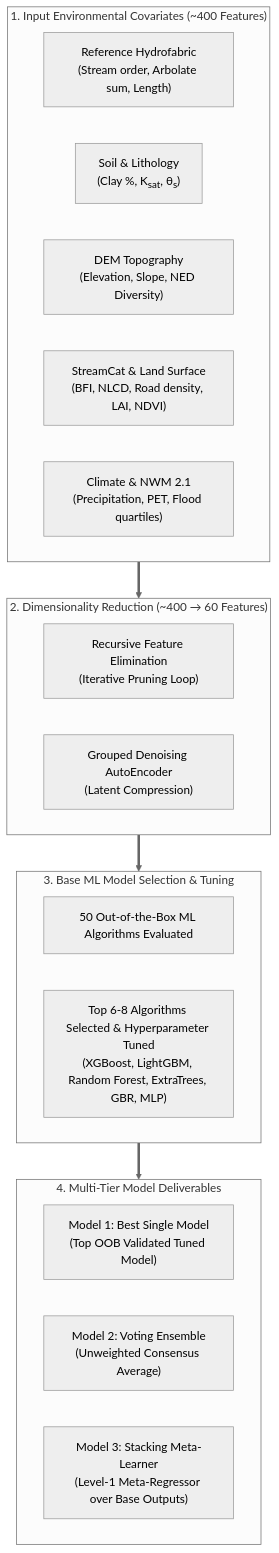
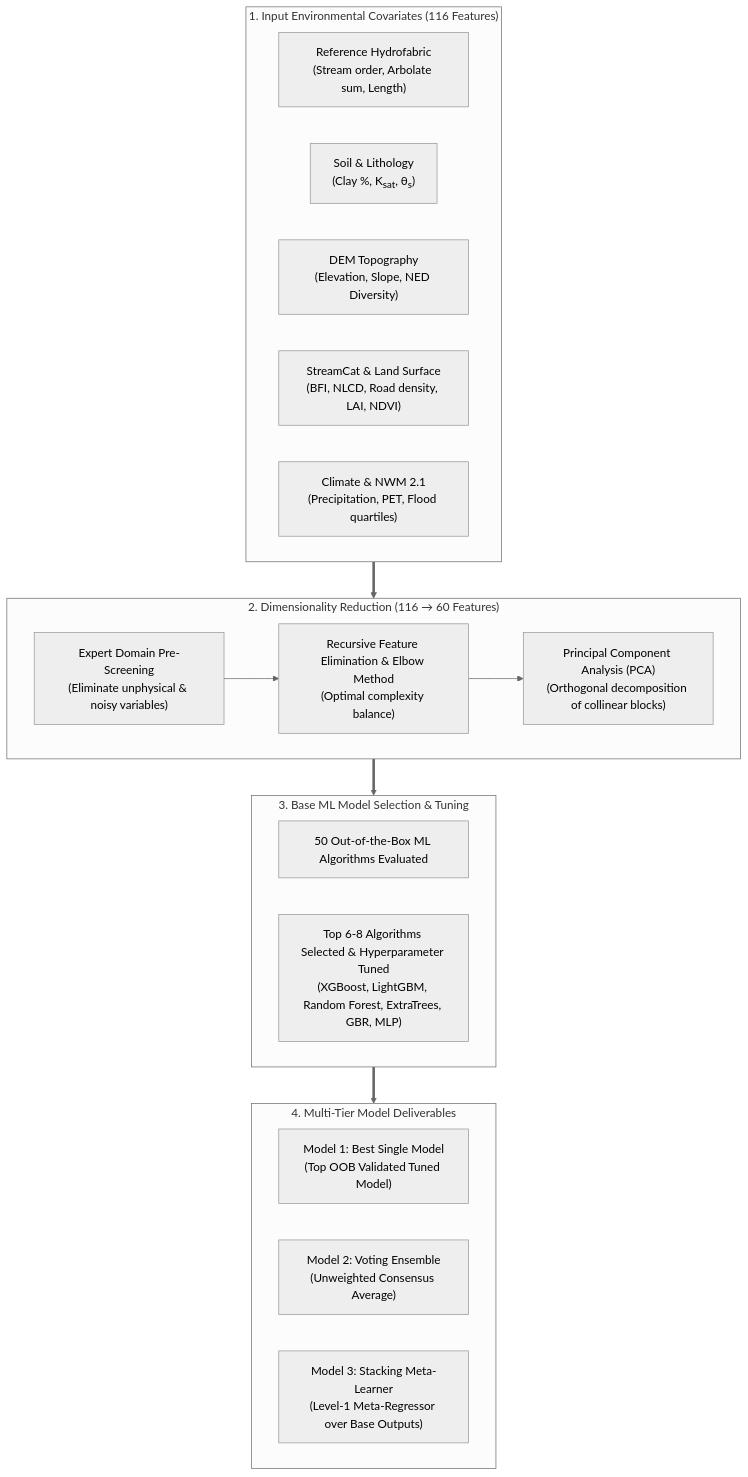
One commit to arashmodrad/ml_web changed the diagram in docs/v1.0/r/models.md. Above: the diagram before and after it, drawn with Mermaid (neutral theme). The commit also changed other lines of this file and 40 other files, not shown here.

````diff
--- a/docs/v1.0/r/models.md
+++ b/docs/v1.0/r/models.md
@@ -14,34 +14,36 @@
 ```mermaid
 flowchart TD
-    subgraph DATA ["1. Input Environmental Covariates (~400 Features)"]
+    subgraph DATA ["1. Input Environmental Covariates (116 Features)"]
         F1["Reference Hydrofabric\n(Stream order, Arbolate sum, Length)"]
         F2["Soil & Lithology\n(Clay %, K<sub>sat</sub>, &theta;<sub>s</sub>)"]
         F3["DEM Topography\n(Elevation, Slope, NED Diversity)"]
         F4["StreamCat & Land Surface\n(BFI, NLCD, Road density, LAI, NDVI)"]
         F5["Climate & NWM 2.1\n(Precipitation, PET, Flood quartiles)"]
     end
 
-    subgraph REDUCTION ["2. Dimensionality Reduction (~400 &rarr; 60 Features)"]
-        RFE["Recursive Feature Elimination\n(Iterative Pruning Loop)"]
-        AE["Grouped Denoising AutoEncoder\n(Latent Compression)"]
+    subgraph REDUCTION ["2. Dimensionality Reduction (116 &rarr; 60 Features)"]
+        EXP["Expert Domain Pre-Screening\n(Eliminate unphysical & noisy variables)"]
+        RFE["Recursive Feature Elimination & Elbow Method\n(Optimal complexity balance)"]
+        PCA["Principal Component Analysis (PCA)\n(Orthogonal decomposition of collinear blocks)"]
+        EXP --> RFE --> PCA
     end
 
     subgraph BASE ["3. Base ML Model Selection & Tuning"]
         OOB["50 Out-of-the-Box ML Algorithms Evaluated"]
         TOP["Top 6-8 Algorithms Selected & Hyperparameter Tuned\n(XGBoost, LightGBM, Random Forest, ExtraTrees, GBR, MLP)"]
     end
 
     subgraph TIER ["4. Multi-Tier Model Deliverables"]
         M1["Model 1: Best Single Model\n(Top OOB Validated Tuned Model)"]
         M2["Model 2: Voting Ensemble\n(Unweighted Consensus Average)"]
         M3["Model 3: Stacking Meta-Learner\n(Level-1 Meta-Regressor over Base Outputs)"]
     end
 
     DATA ==> REDUCTION
     REDUCTION ==> BASE
     BASE ==> TIER
 
     class REDUCTION highlight-blue;
     class BASE highlight-teal;
     class TIER highlight-orange;
 ```
````
